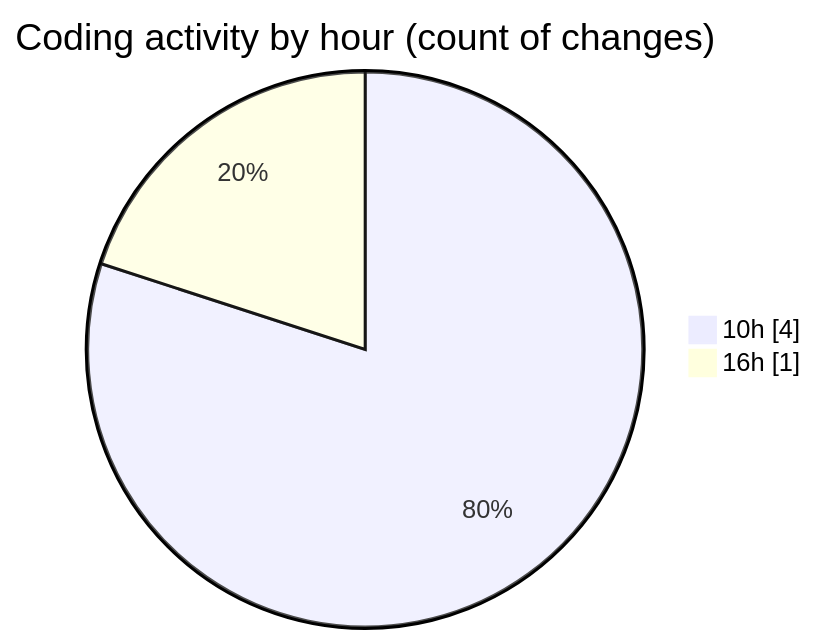
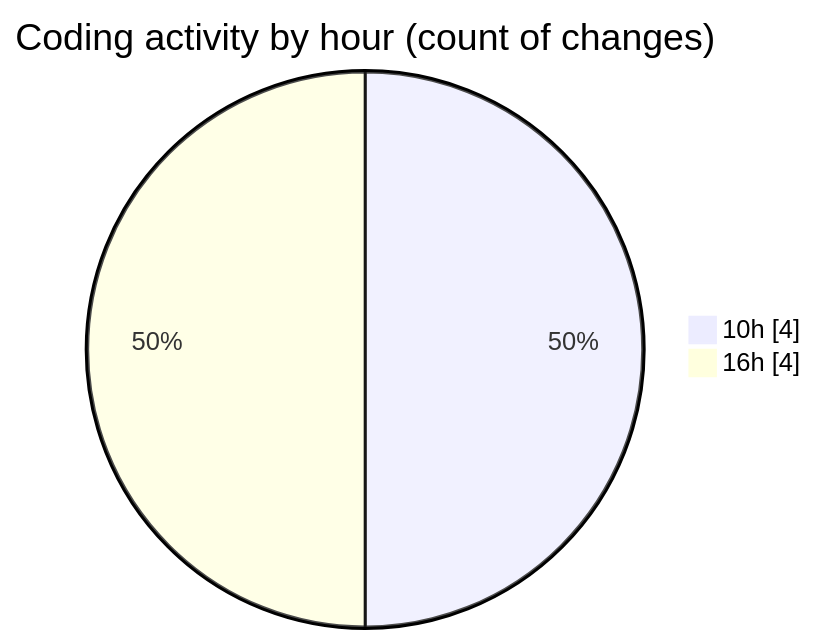
One commit to vahidmafi/code-tracking changed the second of 2 diagrams in 2025-04-17/horizon/README.md. Above: the diagram before and after it, drawn with Mermaid. The commit also changed other lines of this file and 1 other file, not shown here.

````diff
--- a/2025-04-17/horizon/README.md
+++ b/2025-04-17/horizon/README.md
@@ -29,6 +29,6 @@
 ```mermaid
 pie showData
 title Coding activity by hour (count of changes)
 "10h" : 4
-"16h" : 1
+"16h" : 4
 ```
````
